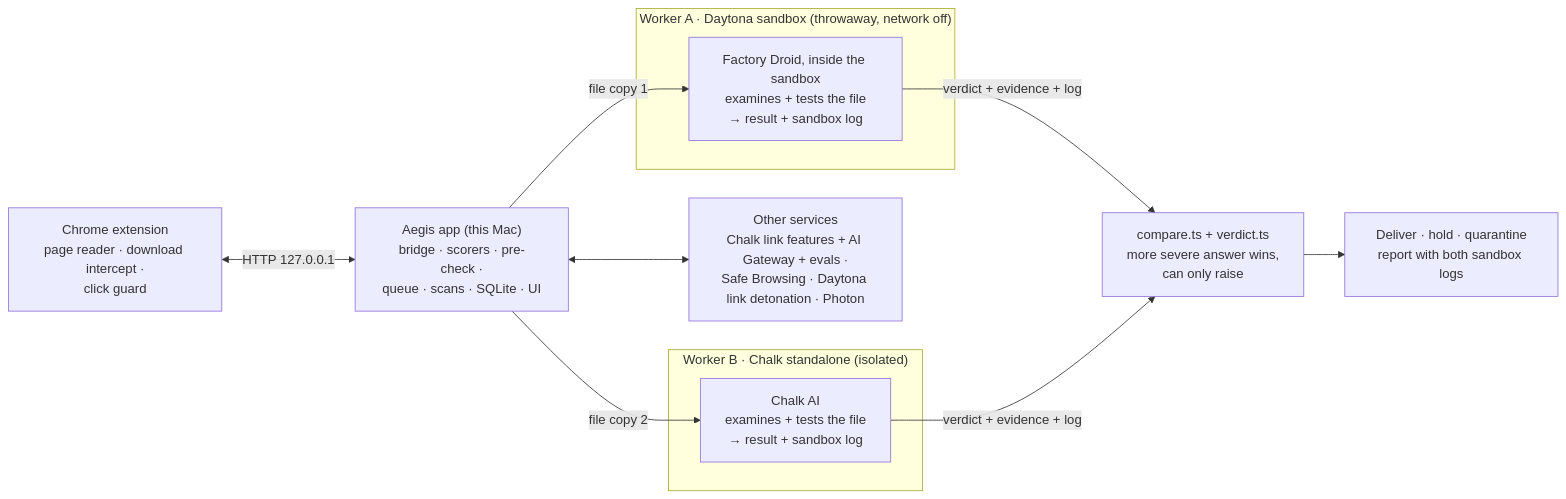
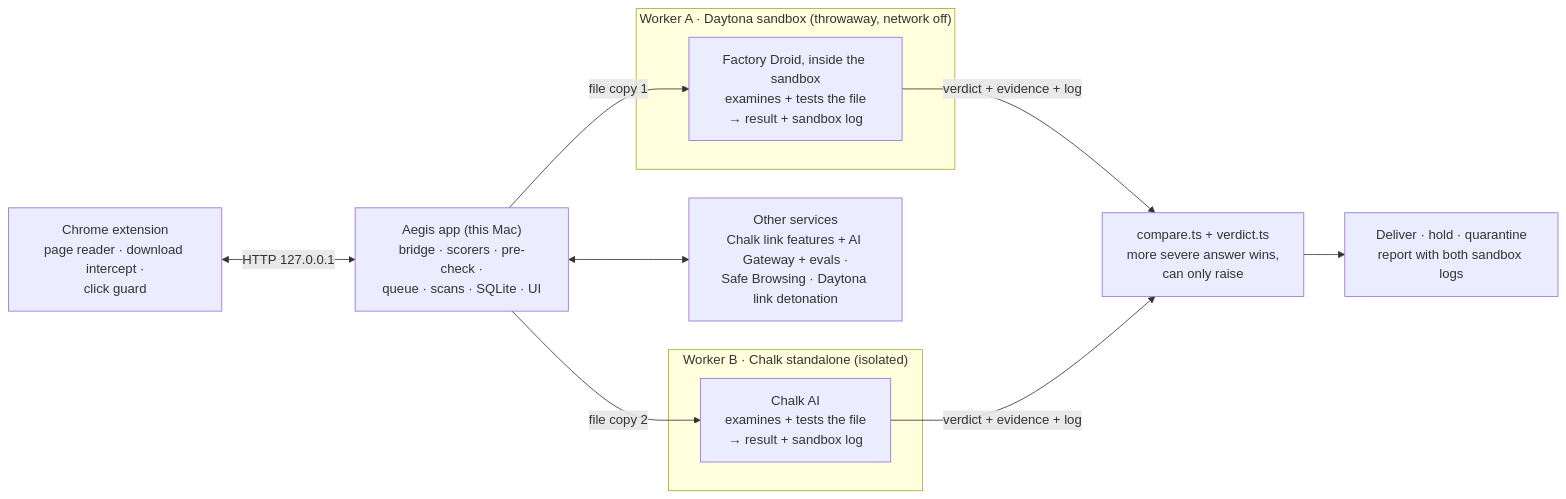
The first of 10 diagrams in docs/architectural.md (evandong1976/Aegis), drawn with Mermaid before and after one commit. The commit also changed other lines of this file and 4 other files, not shown here.

````diff
--- a/docs/architectural.md
+++ b/docs/architectural.md
@@ -47,22 +48,22 @@
 ```mermaid
 flowchart LR
   EXT["Chrome extension<br/>page reader · download intercept ·<br/>click guard"]
   APP["Aegis app (this Mac)<br/>bridge · scorers · pre-check ·<br/>queue · scans · SQLite · UI"]
   subgraph WA["Worker A · Daytona sandbox (throwaway, network off)"]
     DROID["Factory Droid, inside the sandbox<br/>examines + tests the file<br/>→ result + sandbox log"]
   end
   subgraph WB["Worker B · Chalk standalone (isolated)"]
     CHAI["Chalk AI<br/>examines + tests the file<br/>→ result + sandbox log"]
   end
   CMP["compare.ts + verdict.ts<br/>more severe answer wins,<br/>can only raise"]
   OUT["Deliver · hold · quarantine<br/>report with both sandbox logs"]
-  OTHER["Other services<br/>Chalk link features + AI Gateway + evals ·<br/>Safe Browsing · Daytona link detonation · Photon"]
+  OTHER["Other services<br/>Chalk link features + AI Gateway + evals ·<br/>Safe Browsing · Daytona link detonation"]
 
   EXT <-->|"HTTP 127.0.0.1"| APP
   APP -->|"file copy 1"| DROID
   APP -->|"file copy 2"| CHAI
   DROID -->|"verdict + evidence + log"| CMP
   CHAI -->|"verdict + evidence + log"| CMP
   CMP --> OUT
   APP <--> OTHER
 ```
````
